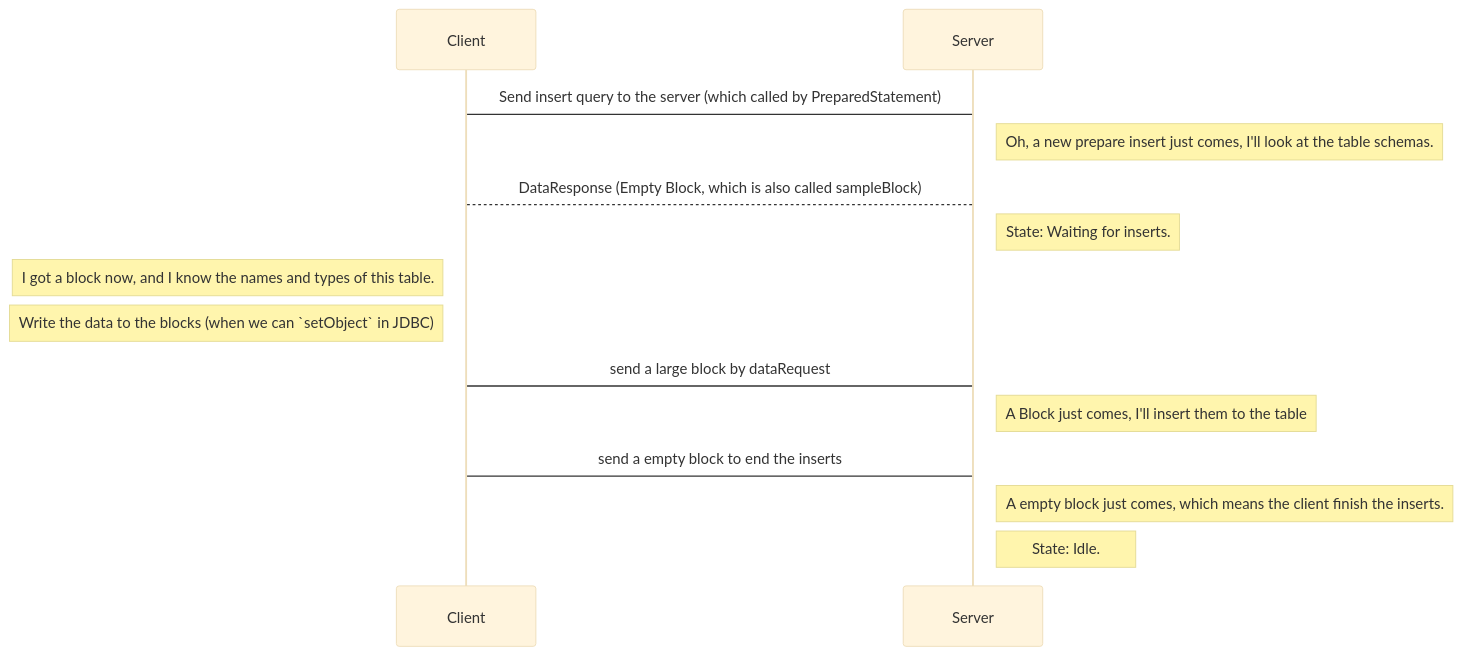
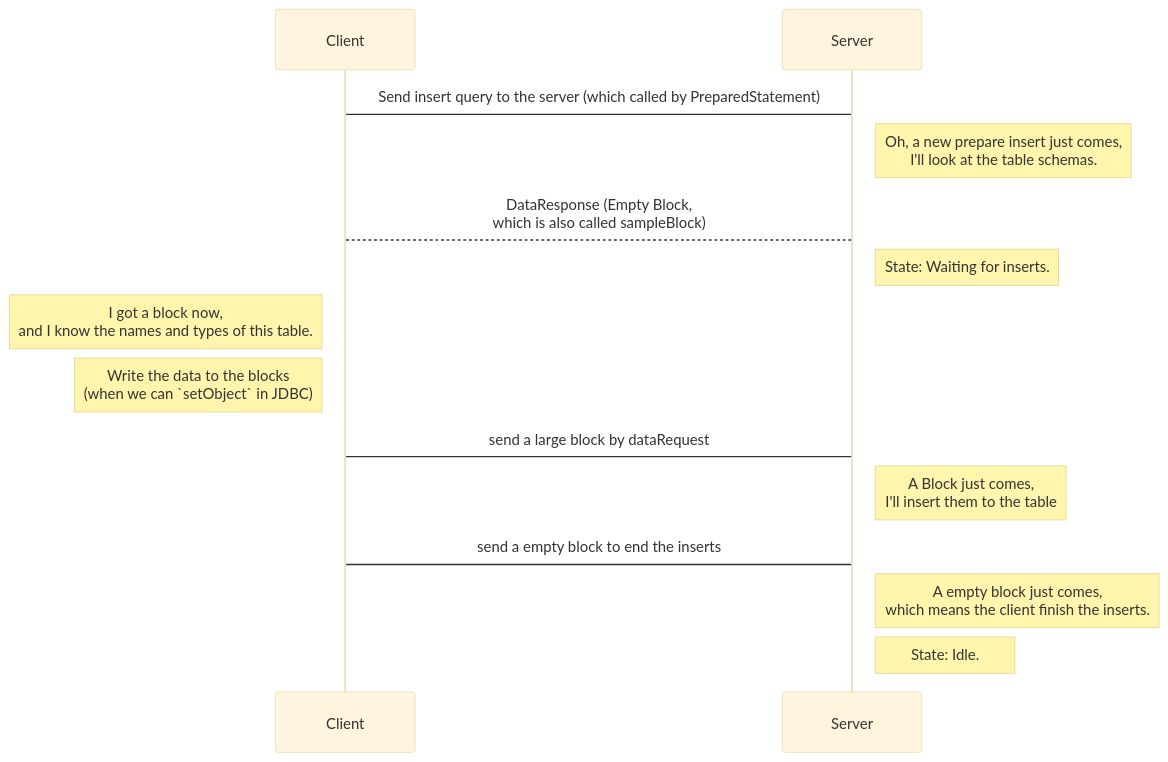
One commit to housepower/ClickHouse-Native-JDBC changed the third of 3 diagrams in docs/deep-dive/native_protocol.md. Above: the diagram before and after it, drawn with Mermaid (base theme). The commit also changed other lines of this file, not shown here.

````diff
--- a/docs/deep-dive/native_protocol.md
+++ b/docs/deep-dive/native_protocol.md
@@ -39,14 +39,14 @@
 ```mermaid
 sequenceDiagram
 Client -> Server: Send insert query to the server (which called by PreparedStatement)
-Note right of Server: Oh, a new prepare insert just comes, I'll look at the table schemas.
-Server --> Client: DataResponse (Empty Block, which is also called sampleBlock)
+Note right of Server: Oh, a new prepare insert just comes,<br/>I'll look at the table schemas.
+Server --> Client: DataResponse (Empty Block, <br/> which is also called sampleBlock)
 Note right of Server: State: Waiting for inserts.
-Note left of Client: I got a block now, and I know the names and types of this table.
-Note left of Client: Write the data to the blocks (when we can `setObject` in JDBC)
+Note left of Client: I got a block now, <br/> and I know the names and types of this table.
+Note left of Client: Write the data to the blocks  <br/> (when we can `setObject` in JDBC)
 Client -> Server: send a large block by dataRequest
-Note right of Server: A Block just comes, I'll insert them to the table
+Note right of Server: A Block just comes,  <br/> I'll insert them to the table
 Client -> Server: send a empty block to end the inserts
-Note right of Server: A empty block just comes, which means the client finish the inserts.
+Note right of Server: A empty block just comes,  <br/> which means the client finish the inserts.
 Note right of Server: State: Idle.
 ```
````
